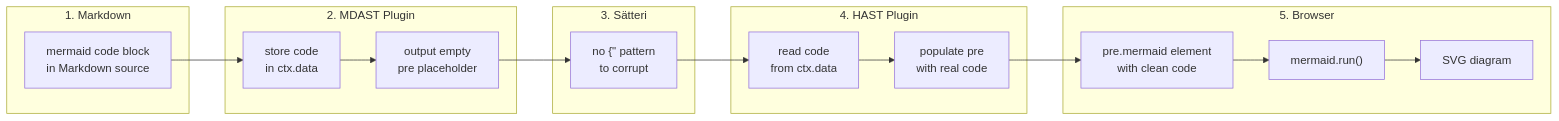
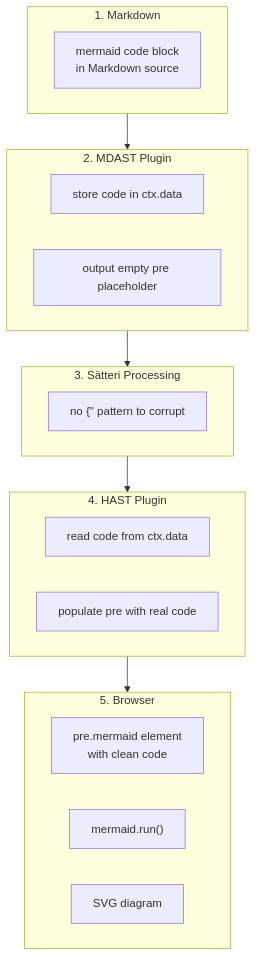
One commit to xingwangzhe/satteri-mermaid changed the diagram in README.md. Above: the diagram before and after it, drawn with Mermaid. The commit also changed 2 other files, not shown here.

Commit message:
docs: README 流程图改为纵向布局

````diff
--- a/README.md
+++ b/README.md
@@ -68,37 +68,30 @@
 ```mermaid
-flowchart LR
+flowchart TD
     subgraph MD["1. Markdown"]
         SRC["mermaid code block
 in Markdown source"]
     end
 
     subgraph MDAST["2. MDAST Plugin"]
-        STORE["store code
-in ctx.data"]
-        EMPTY["output empty
-pre placeholder"]
+        STORE["store code in ctx.data"]
+        EMPTY["output empty pre placeholder"]
     end
 
-    subgraph SAT["3. Sätteri"]
-        SAFE["no {&quot; pattern
-to corrupt"]
+    subgraph SAT["3. Sätteri Processing"]
+        SAFE["no {&quot; pattern to corrupt"]
     end
 
     subgraph HAST["4. HAST Plugin"]
-        READ["read code
-from ctx.data"]
-        FILL["populate pre
-with real code"]
+        READ["read code from ctx.data"]
+        FILL["populate pre with real code"]
     end
 
     subgraph BROWSER["5. Browser"]
         HTML["pre.mermaid element
 with clean code"]
         MM["mermaid.run()"]
         SVG["SVG diagram"]
     end
 
-    SRC --> STORE --> EMPTY
-    EMPTY --> SAFE --> READ --> FILL
-    FILL --> HTML --> MM --> SVG
+    MD --> MDAST --> SAT --> HAST --> BROWSER
 ```
````
